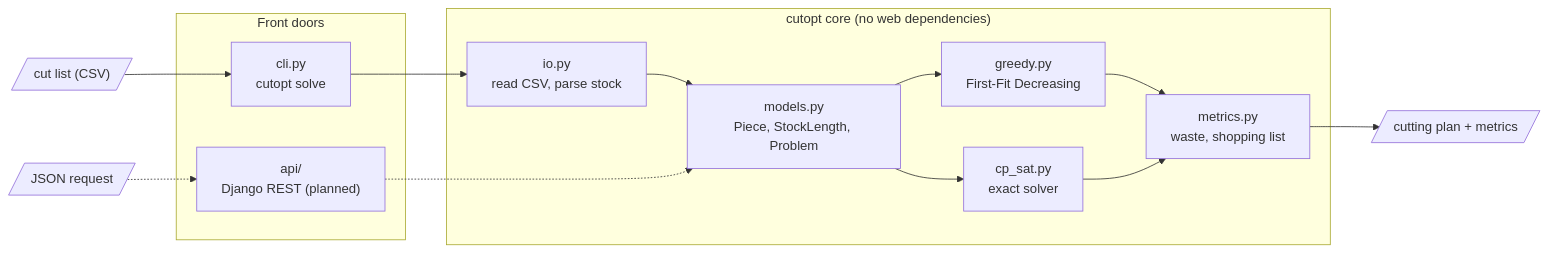
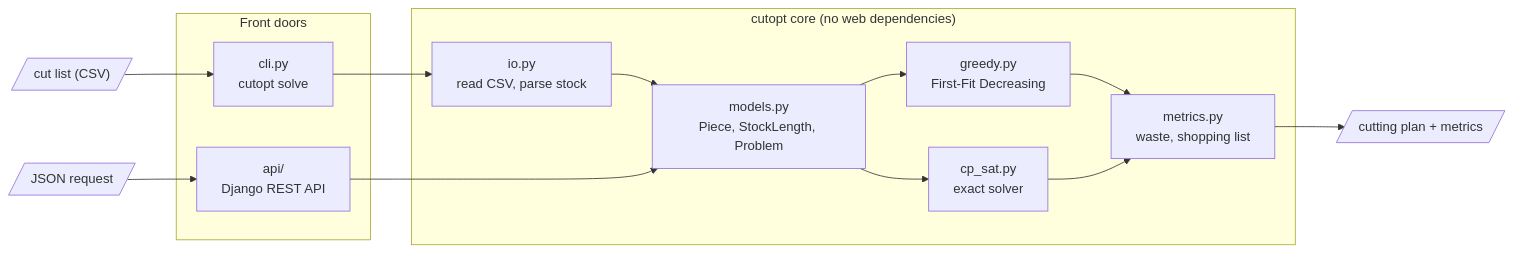
Before and after one commit to DRencsok/TimberCutOpt: the diagram in README.md, drawn with Mermaid. The commit also changed other lines of this file and 3 other files, not shown here.

Commit message:
Update version to 1.0.0 and enhance README with REST API details, prepace for production state

````diff
--- a/README.md
+++ b/README.md
@@ -195,26 +235,26 @@
 ```mermaid
 flowchart LR
     CSV[/"cut list (CSV)"/] --> CLI
-    JSON[/"JSON request"/] -.-> API
+    JSON[/"JSON request"/] --> API
 
     subgraph Front doors
         CLI["cli.py<br/>cutopt solve"]
-        API["api/<br/>Django REST (planned)"]
+        API["api/<br/>Django REST API"]
     end
 
     subgraph Core["cutopt core (no web dependencies)"]
         IO["io.py<br/>read CSV, parse stock"]
         MODELS["models.py<br/>Piece, StockLength, Problem"]
         GREEDY["greedy.py<br/>First-Fit Decreasing"]
         CPSAT["cp_sat.py<br/>exact solver"]
         METRICS["metrics.py<br/>waste, shopping list"]
     end
 
     CLI --> IO --> MODELS
-    API -.-> MODELS
+    API --> MODELS
     MODELS --> GREEDY
     MODELS --> CPSAT
     GREEDY --> METRICS
     CPSAT --> METRICS
     METRICS --> OUT[/"cutting plan + metrics"/]
 ```
````
